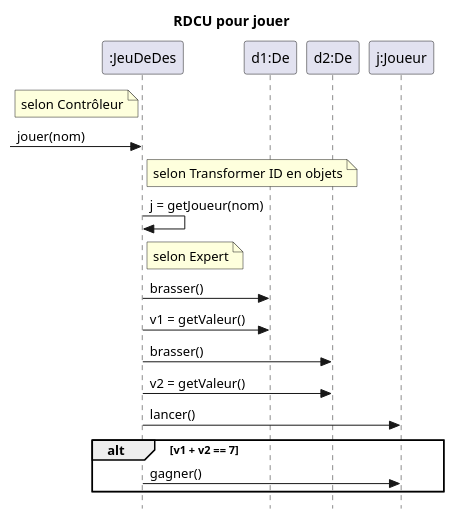
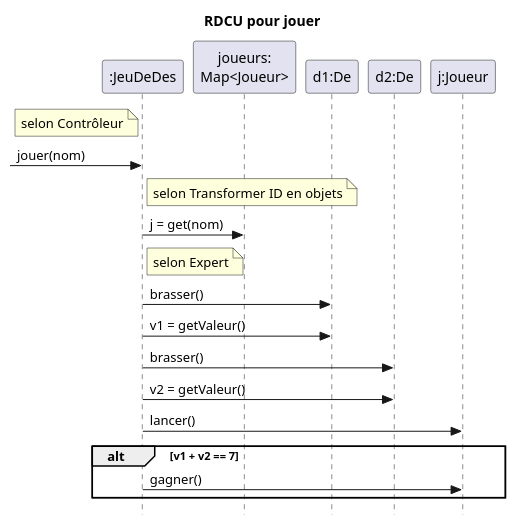
Before and after one commit to profcfuhrmanets/log210-jeu-de-des-node-express-ts: the diagram in docs/rdcu-jouer.puml, drawn with PlantUML. The commit also changed 4 other files, not shown here.

```diff
--- a/docs/rdcu-jouer.puml
+++ b/docs/rdcu-jouer.puml
@@ -1,21 +1,22 @@
 @startuml
 skinparam style strictuml
 title RDCU pour jouer
 participant ":JeuDeDes" as c
+participant "joueurs:\nMap<Joueur>" as jm
 participant "d1:De" as d1
 participant "d2:De" as d2
 participant "j:Joueur" as j
 note left of c : selon Contrôleur 
 ->c : jouer(nom)
 note right of c : selon Transformer ID en objets 
-c->c : j = getJoueur(nom)
+c->jm : j = get(nom)
 note right of c : selon Expert 
 c->d1 : brasser()
 c->d1 : v1 = getValeur()
 c->d2 : brasser()
 c->d2 : v2 = getValeur()
 c->j : lancer()
 alt v1 + v2 == 7
   c->j : gagner()
 end alt
 @enduml
```
